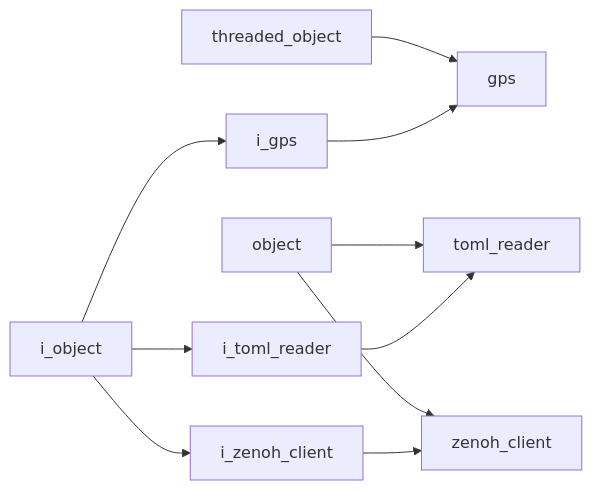
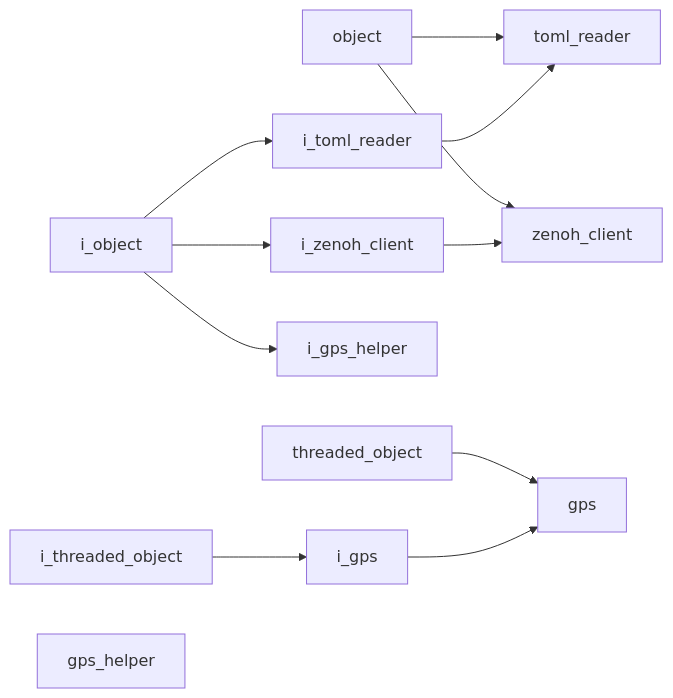
One commit to kasper-szczerba/acs_wiki changed the diagram in docs/codebase/namespaces/utility/index.md. Above: the diagram before and after it, drawn with Mermaid. The commit also changed other lines of this file and 34 other files, not shown here.

Commit message:
updated the wiki post gps addition

````diff
--- a/docs/codebase/namespaces/utility/index.md
+++ b/docs/codebase/namespaces/utility/index.md
@@ -23,21 +25,25 @@
 ```mermaid
 graph LR
     C__DEV_vs_projects_acs_wiki_docs_codebase_namespaces_core_implementations_object["object"]
     C__DEV_vs_projects_acs_wiki_docs_codebase_namespaces_core_implementations_threaded_object["threaded_object"]
     C__DEV_vs_projects_acs_wiki_docs_codebase_namespaces_core_interfaces_i_object["i_object"]
+    C__DEV_vs_projects_acs_wiki_docs_codebase_namespaces_core_interfaces_i_threaded_object["i_threaded_object"]
     C__DEV_vs_projects_acs_wiki_docs_codebase_namespaces_utility_implementations_gps["gps"]
+    C__DEV_vs_projects_acs_wiki_docs_codebase_namespaces_utility_implementations_gps_helper["gps_helper"]
     C__DEV_vs_projects_acs_wiki_docs_codebase_namespaces_utility_implementations_toml_reader["toml_reader"]
     C__DEV_vs_projects_acs_wiki_docs_codebase_namespaces_utility_implementations_zenoh_client["zenoh_client"]
     C__DEV_vs_projects_acs_wiki_docs_codebase_namespaces_utility_interfaces_i_gps["i_gps"]
+    C__DEV_vs_projects_acs_wiki_docs_codebase_namespaces_utility_interfaces_i_gps_helper["i_gps_helper"]
     C__DEV_vs_projects_acs_wiki_docs_codebase_namespaces_utility_interfaces_i_toml_reader["i_toml_reader"]
     C__DEV_vs_projects_acs_wiki_docs_codebase_namespaces_utility_interfaces_i_zenoh_client["i_zenoh_client"]
     C__DEV_vs_projects_acs_wiki_docs_codebase_namespaces_core_implementations_object --> C__DEV_vs_projects_acs_wiki_docs_codebase_namespaces_utility_implementations_toml_reader
     C__DEV_vs_projects_acs_wiki_docs_codebase_namespaces_core_implementations_object --> C__DEV_vs_projects_acs_wiki_docs_codebase_namespaces_utility_implementations_zenoh_client
     C__DEV_vs_projects_acs_wiki_docs_codebase_namespaces_core_implementations_threaded_object --> C__DEV_vs_projects_acs_wiki_docs_codebase_namespaces_utility_implementations_gps
-    C__DEV_vs_projects_acs_wiki_docs_codebase_namespaces_core_interfaces_i_object --> C__DEV_vs_projects_acs_wiki_docs_codebase_namespaces_utility_interfaces_i_gps
+    C__DEV_vs_projects_acs_wiki_docs_codebase_namespaces_core_interfaces_i_object --> C__DEV_vs_projects_acs_wiki_docs_codebase_namespaces_utility_interfaces_i_gps_helper
     C__DEV_vs_projects_acs_wiki_docs_codebase_namespaces_core_interfaces_i_object --> C__DEV_vs_projects_acs_wiki_docs_codebase_namespaces_utility_interfaces_i_toml_reader
     C__DEV_vs_projects_acs_wiki_docs_codebase_namespaces_core_interfaces_i_object --> C__DEV_vs_projects_acs_wiki_docs_codebase_namespaces_utility_interfaces_i_zenoh_client
+    C__DEV_vs_projects_acs_wiki_docs_codebase_namespaces_core_interfaces_i_threaded_object --> C__DEV_vs_projects_acs_wiki_docs_codebase_namespaces_utility_interfaces_i_gps
     C__DEV_vs_projects_acs_wiki_docs_codebase_namespaces_utility_interfaces_i_gps --> C__DEV_vs_projects_acs_wiki_docs_codebase_namespaces_utility_implementations_gps
     C__DEV_vs_projects_acs_wiki_docs_codebase_namespaces_utility_interfaces_i_toml_reader --> C__DEV_vs_projects_acs_wiki_docs_codebase_namespaces_utility_implementations_toml_reader
     C__DEV_vs_projects_acs_wiki_docs_codebase_namespaces_utility_interfaces_i_zenoh_client --> C__DEV_vs_projects_acs_wiki_docs_codebase_namespaces_utility_implementations_zenoh_client
 ```
````
